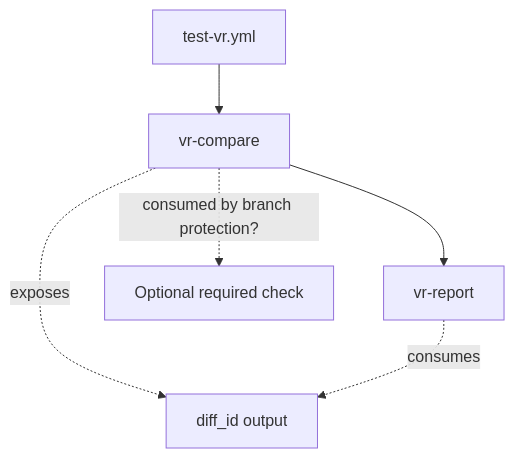
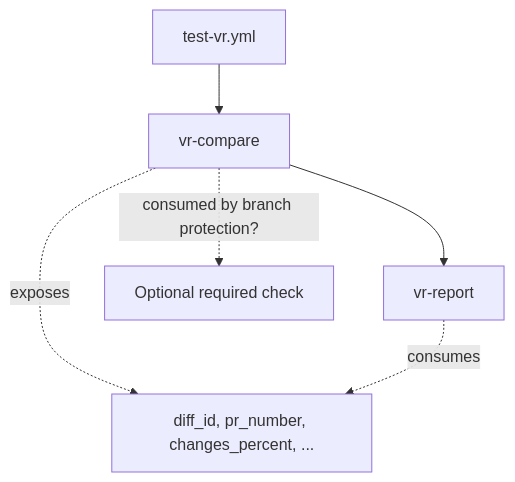
The third of 3 diagrams in .vortex/docs/content/development/visual-regression.mdx (drevops/vortex), drawn with Mermaid before and after one commit. The commit also changed other lines of this file and 1 other file, not shown here.

````diff
--- a/.vortex/docs/content/development/visual-regression.mdx
+++ b/.vortex/docs/content/development/visual-regression.mdx
@@ -147,8 +208,8 @@
 ```mermaid
 flowchart TD
   A[test-vr.yml] --> B[vr-compare]
   B --> C[vr-report]
-  B -.->|exposes| D[diff_id output]
+  B -.->|exposes| D[diff_id, pr_number, changes_percent, ...]
   C -.->|consumes| D
   B -.->|consumed by branch protection?| E[Optional required check]
 ```
````
